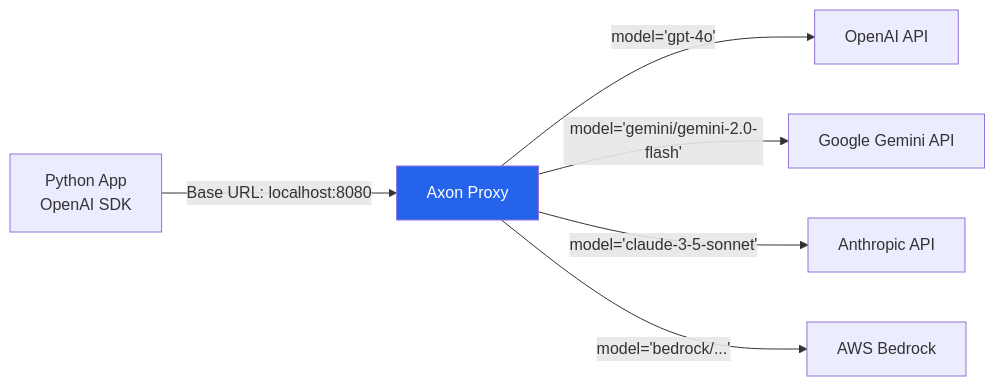
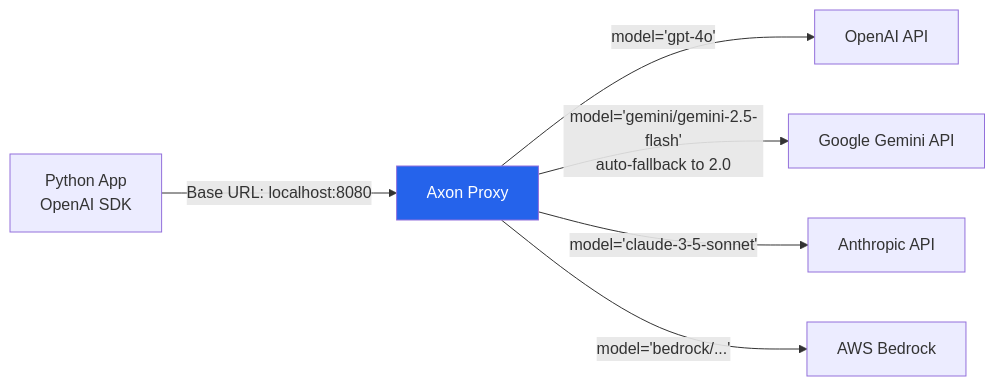
One commit to chaitanya-sharmaa/axon changed the fifth of 5 diagrams in README.md. Above: the diagram before and after it, drawn with Mermaid. The commit also changed other lines of this file and 39 other files, not shown here.

Commit message:
feat: complete optimizations, Gemini fallback logic, thread-safety, PII redaction, and 100% test pass rate

````diff
--- a/README.md
+++ b/README.md
@@ -197,12 +187,12 @@
 ```mermaid
 graph LR
     App[Python App<br/>OpenAI SDK] -->|Base URL: localhost:8080| Axon[Axon Proxy]
     
     Axon -->|model='gpt-4o'| OpenAI[OpenAI API]
-    Axon -->|model='gemini/gemini-2.0-flash'| Google[Google Gemini API]
+    Axon -->|model='gemini/gemini-2.5-flash'<br/>auto-fallback to 2.0| Google[Google Gemini API]
     Axon -->|model='claude-3-5-sonnet'| Anthropic[Anthropic API]
     Axon -->|model='bedrock/...'| AWS[AWS Bedrock]
     
     classDef proxy fill:#2563eb,color:#fff
     class Axon proxy
 ```
````
